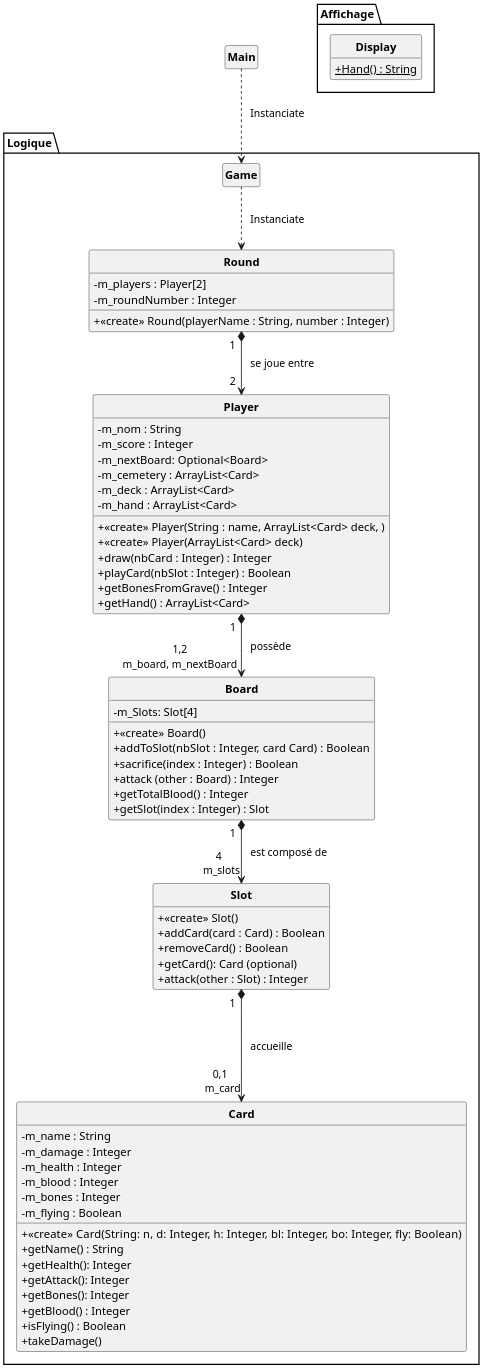
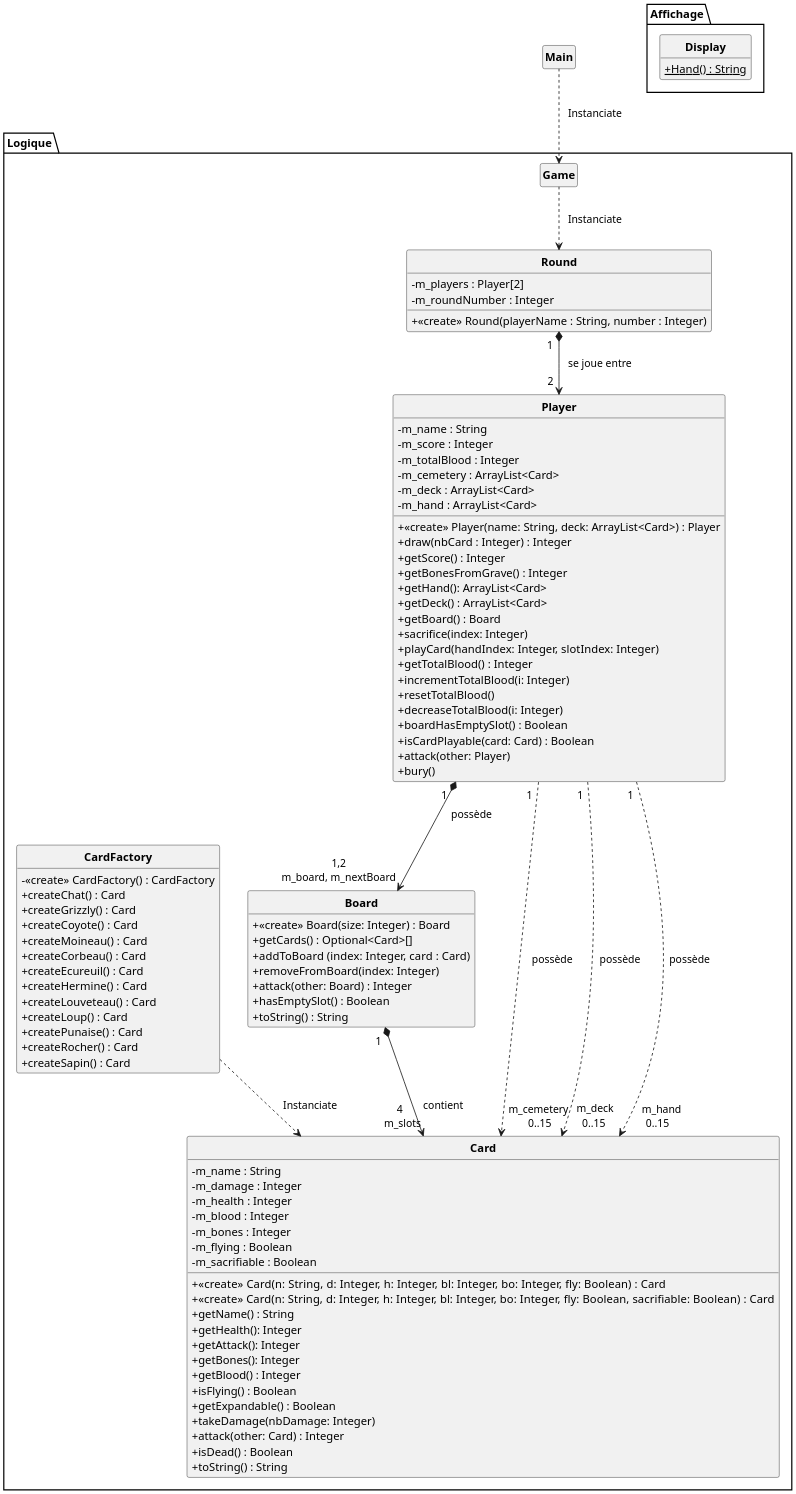
One commit to Romain-Pampagnin/Asciiption changed the diagram in uml/UML.puml. Above: the diagram before and after it, drawn with PlantUML. The commit also changed 10 other files, not shown here.

Commit message:
Added Deck.java to create and manage deck for players

```diff
--- a/uml/UML.puml
+++ b/uml/UML.puml
@@ -1,90 +1,121 @@
 @startuml
 'https://plantuml.com/class-diagram'
 scale 2
 skinparam classAttributeIconSize 0
 skinparam classFontStyle Bold
 skinparam style strictuml
 hide empty members
 
 class Main{}
 
 
 package Logique{
 
 Main ..> Game : "   Instanciate"
 
-Board "1  "*-->"4 \n m_slots" Slot : "   est composé de"
-Slot "1  "*---> "0,1 \n m_card"Card : "   accueille"
+Board "1  "*-->"4 \n m_slots" Card : "   contient"
+
 Game ..> Round : "   Instanciate"
 Round "1  " *--> "2  " Player : "   se joue entre"
 Player "1  " *--> "1,2\nm_board, m_nextBoard" Board : "   possède"
 
 class Round{
 -m_players : Player[2]
 -m_roundNumber : Integer
 +<<create>> Round(playerName : String, number : Integer)
 }
 
 class Player{
--m_nom : String
+-m_name : String
 -m_score : Integer
--m_nextBoard: Optional<Board>
+-m_totalBlood : Integer
 -m_cemetery : ArrayList<Card>
 -m_deck : ArrayList<Card>
 -m_hand : ArrayList<Card>
-+<<create>> Player(String : name, ArrayList<Card> deck, )
-+<<create>> Player(ArrayList<Card> deck)
++<<create>> Player(name: String, deck: ArrayList<Card>) : Player
 + draw(nbCard : Integer) : Integer
-+ playCard(nbSlot : Integer) : Boolean
-+ getBonesFromGrave() : Integer
-+ getHand() : ArrayList<Card>
++getScore() : Integer
++getBonesFromGrave() : Integer
++getHand(): ArrayList<Card>
++getDeck() : ArrayList<Card>
++getBoard() : Board
++sacrifice(index: Integer)
++playCard(handIndex: Integer, slotIndex: Integer)
++getTotalBlood() : Integer
++incrementTotalBlood(i: Integer)
++resetTotalBlood()
++decreaseTotalBlood(i: Integer)
++boardHasEmptySlot() : Boolean
++isCardPlayable(card: Card) : Boolean
++attack(other: Player)
++bury()
 }
+
+Player "1  " ..> "  m_cemetery   \n0..15" Card :"possède"
+Player "1  " ..> "    m_deck   \n0..15" Card : "  possède"
+Player "1  " ..> "      m_hand   \n0..15" Card : "  possède"
+
+class CardFactory{
+-<<create>> CardFactory() : CardFactory
++createChat() : Card
++createGrizzly() : Card
++createCoyote() : Card
++createMoineau() : Card
++createCorbeau() : Card
++createEcureuil() : Card
++createHermine() : Card
++createLouveteau() : Card
++createLoup() : Card
++createPunaise() : Card
++createRocher() : Card
++createSapin() : Card
+}
+
+CardFactory ..> Card : "   Instanciate"
+
 
 class Card {
 -m_name : String
 -m_damage : Integer
 -m_health : Integer
 -m_blood : Integer
 -m_bones : Integer
 -m_flying : Boolean
-+ <<create>> Card(String: n, d: Integer, h: Integer,  bl: Integer, bo: Integer, fly: Boolean)
+- m_sacrifiable : Boolean
++ <<create>> Card(n: String, d: Integer, h: Integer,  bl: Integer, bo: Integer, fly: Boolean) : Card
++ <<create>> Card(n: String, d: Integer, h: Integer,  bl: Integer, bo: Integer, fly: Boolean, sacrifiable: Boolean) : Card
 + getName() : String
 + getHealth(): Integer
 + getAttack(): Integer
 + getBones(): Integer
 + getBlood() : Integer
 + isFlying() : Boolean
-+ takeDamage()
-}
-
-class Slot {
-+ <<create>> Slot()
-+ addCard(card : Card) : Boolean
-+ removeCard() : Boolean
-+ getCard(): Card (optional)
-+ attack(other : Slot) : Integer
++ getExpandable() : Boolean
++ takeDamage(nbDamage: Integer)
++ attack(other: Card) : Integer
++ isDead() : Boolean
++ toString() : String
 }
 
 class Board {
--m_Slots: Slot[4]
-+<<create>> Board()
-+ addToSlot(nbSlot : Integer, card Card) : Boolean
-+ sacrifice(index : Integer) : Boolean
-+ attack (other : Board) : Integer
-+ getTotalBlood() : Integer
-+ getSlot(index : Integer) : Slot
-/'+ isSlotFree(nbSlot : Integer) : Boolean '/
++<<create>> Board(size: Integer) : Board
++getCards() : Optional<Card>[]
++addToBoard (index: Integer, card : Card)
++removeFromBoard(index: Integer)
++attack(other: Board) : Integer
++hasEmptySlot() : Boolean
++toString() : String
 }
 
 class Game{
 }
 
 }
 
 Package Affichage{
 class Display{
 +{static}Hand() : String
 }
 }
 
 @enduml
```
